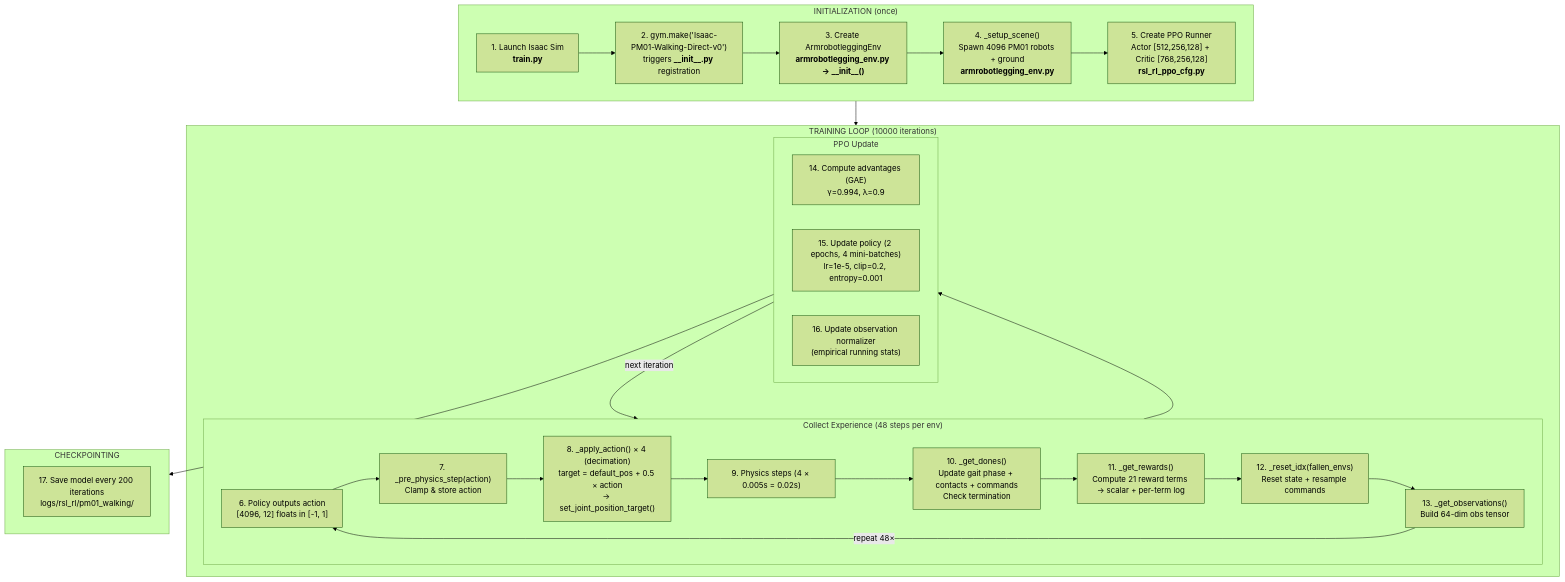
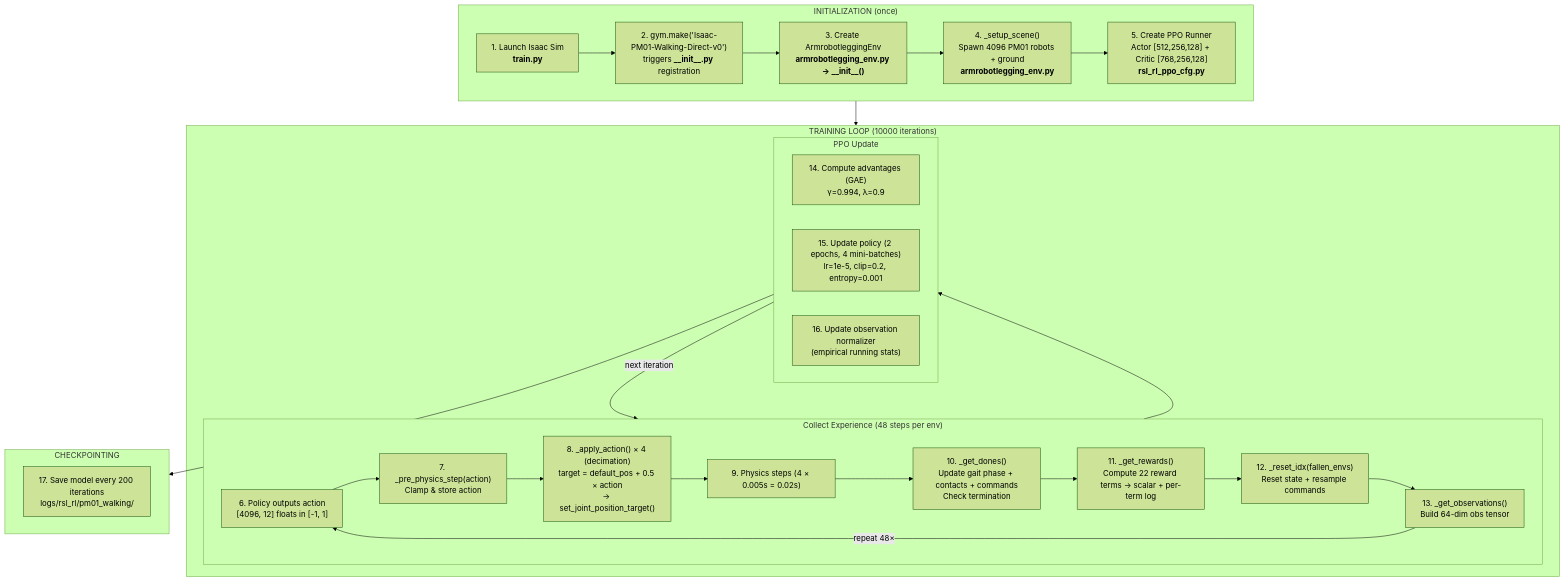
One commit to armmarov/armrobot changed the first of 8 diagrams in docs/TRAINING_FLOW.md. Above: the diagram before and after it, drawn with Mermaid (forest theme). The commit also changed other lines of this file and 3 other files, not shown here.

````diff
--- a/docs/TRAINING_FLOW.md
+++ b/docs/TRAINING_FLOW.md
@@ -5,42 +5,42 @@
 ```mermaid
 flowchart TB
     subgraph INIT["INITIALIZATION (once)"]
         A1["1. Launch Isaac Sim<br/><b>train.py</b>"]
         A2["2. gym.make('Isaac-PM01-Walking-Direct-v0')<br/>triggers <b>__init__.py</b> registration"]
         A3["3. Create ArmrobotleggingEnv<br/><b>armrobotlegging_env.py → __init__()</b>"]
         A4["4. _setup_scene()<br/>Spawn 4096 PM01 robots + ground<br/><b>armrobotlegging_env.py</b>"]
         A5["5. Create PPO Runner<br/>Actor [512,256,128] + Critic [768,256,128]<br/><b>rsl_rl_ppo_cfg.py</b>"]
         A1 --> A2 --> A3 --> A4 --> A5
     end
 
     subgraph LOOP["TRAINING LOOP (10000 iterations)"]
         subgraph COLLECT["Collect Experience (48 steps per env)"]
             B1["6. Policy outputs action<br/>[4096, 12] floats in [-1, 1]"]
             B2["7. _pre_physics_step(action)<br/>Clamp & store action"]
             B3["8. _apply_action() × 4 (decimation)<br/>target = default_pos + 0.5 × action<br/>→ set_joint_position_target()"]
             B4["9. Physics steps (4 × 0.005s = 0.02s)"]
             B5["10. _get_dones()<br/>Update gait phase + contacts + commands<br/>Check termination"]
-            B6["11. _get_rewards()<br/>Compute 21 reward terms → scalar + per-term log"]
+            B6["11. _get_rewards()<br/>Compute 22 reward terms → scalar + per-term log"]
             B7["12. _reset_idx(fallen_envs)<br/>Reset state + resample commands"]
             B8["13. _get_observations()<br/>Build 64-dim obs tensor"]
             B1 --> B2 --> B3 --> B4 --> B5 --> B6 --> B7 --> B8
             B8 -->|"repeat 48×"| B1
         end
 
         subgraph UPDATE["PPO Update"]
             C1["14. Compute advantages (GAE)<br/>γ=0.994, λ=0.9"]
             C2["15. Update policy (2 epochs, 4 mini-batches)<br/>lr=1e-5, clip=0.2, entropy=0.001"]
             C3["16. Update observation normalizer<br/>(empirical running stats)"]
         end
 
         COLLECT --> UPDATE
         UPDATE -->|"next iteration"| COLLECT
     end
 
     subgraph SAVE["CHECKPOINTING"]
         D1["17. Save model every 200 iterations<br/>logs/rsl_rl/pm01_walking/"]
     end
 
     INIT --> LOOP
     UPDATE --> SAVE
 ```
````
